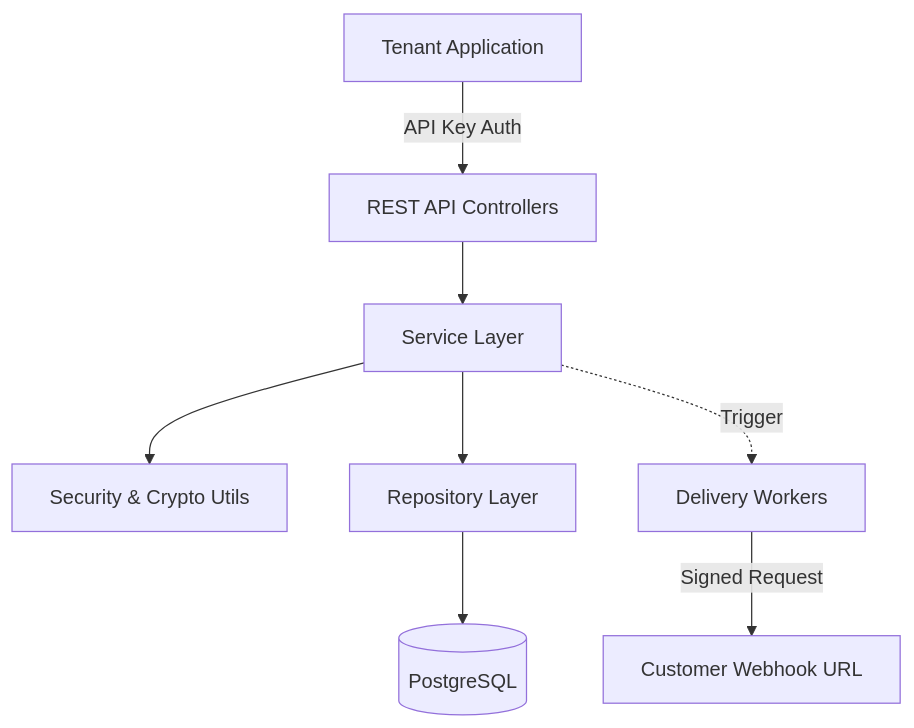
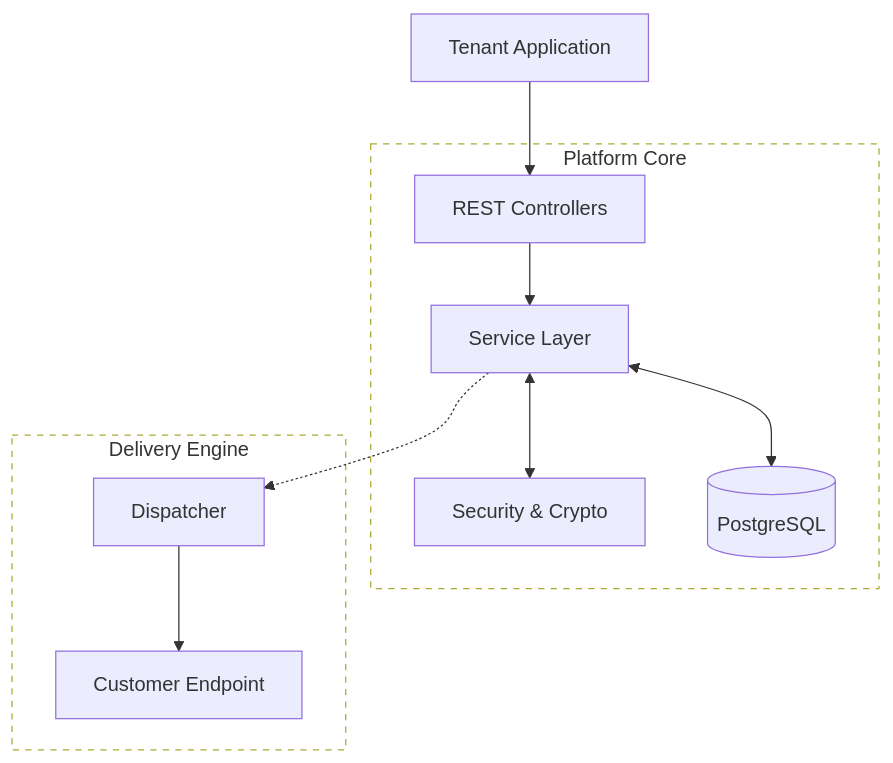
Before and after one commit to manish-pandey413/Beacon: the first of 2 diagrams in README.md, drawn with Mermaid. The commit also changed other lines of this file, not shown here.

Commit message:
Update system architecture and event journey diagrams in README

````diff
--- a/README.md
+++ b/README.md
@@ -9,19 +9,19 @@
 ```mermaid
 graph TD
-    Client[Tenant Application]
-    API[REST API Controllers]
-    Service[Service Layer]
-    Security[Security & Crypto Utils]
-    Repo[Repository Layer]
-    DB[(PostgreSQL)]
-    Worker[Delivery Workers]
-    Receiver[Customer Webhook URL]
+    Tenant[Tenant Application] --> API[REST Controllers]
 
-    Client -->|API Key Auth| API
-    API --> Service
-    Service --> Security
-    Service --> Repo
-    Repo --> DB
-    Service -.->|Trigger| Worker
-    Worker -->|Signed Request| Receiver
+    subgraph Core [Platform Core]
+        API --> Service[Service Layer]
+        Service <--> Security[Security & Crypto]
+        Service <--> DB[(PostgreSQL)]
+    end
+
+    subgraph Delivery [Delivery Engine]
+        Service -.-> Dispatch[Dispatcher]
+        Dispatch --> Endpoint[Customer Endpoint]
+    end
+
+    %% Legend
+    style Core fill:none,stroke-dasharray: 5 5
+    style Delivery fill:none,stroke-dasharray: 5 5
 ```
````
